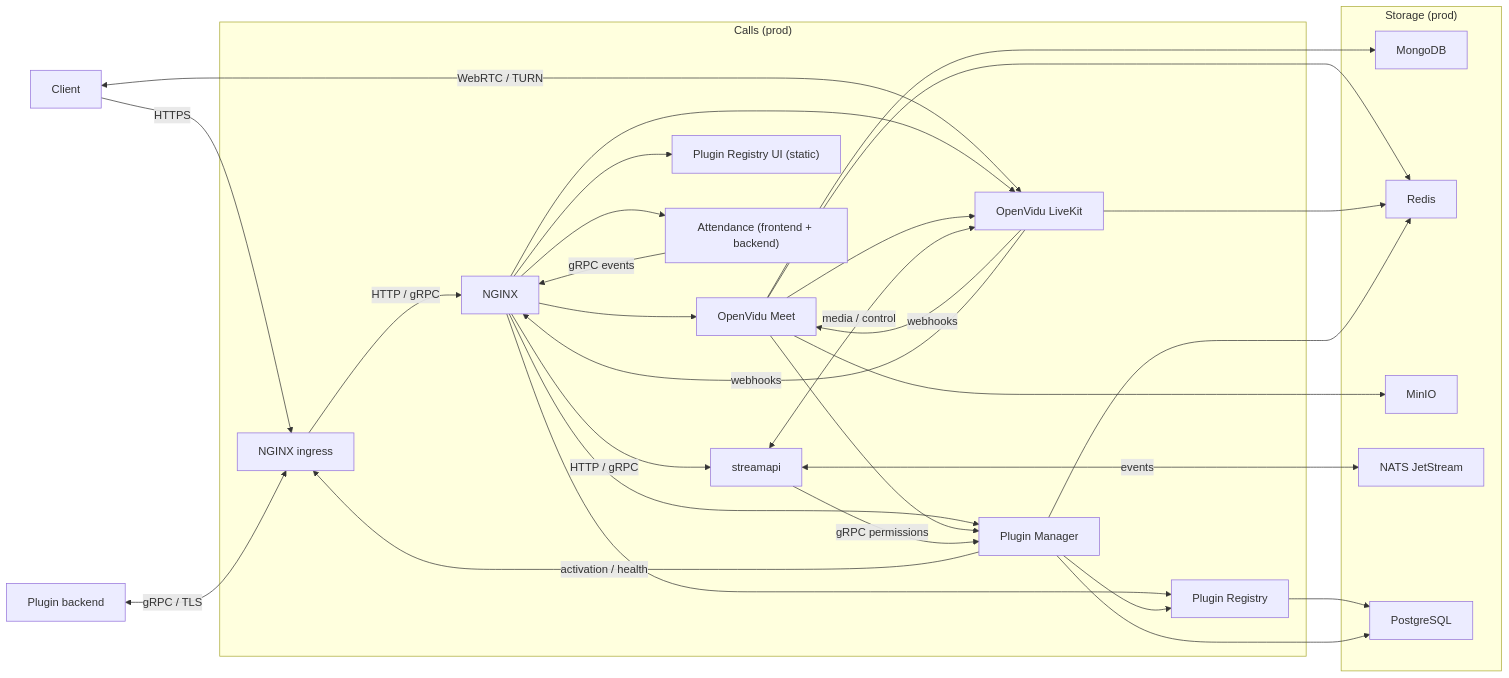
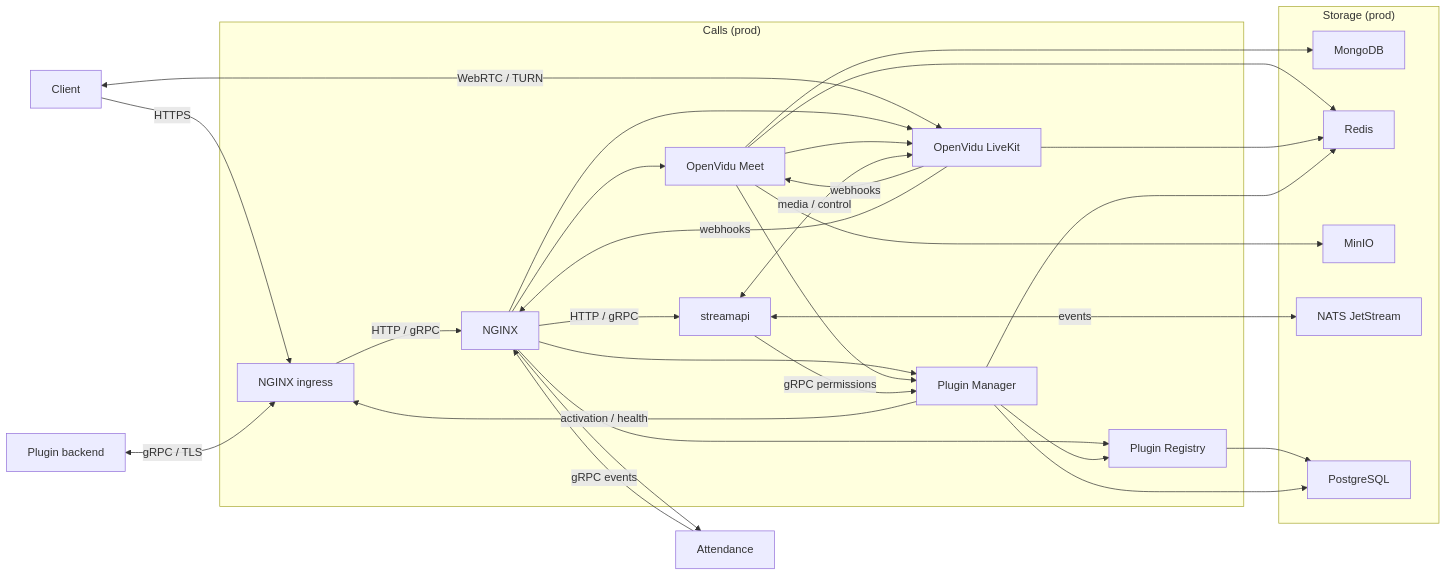
Before and after one commit to dwspurpleteam/deployer: the diagram in README.md, drawn with Mermaid.

Commit message:
Show attendance outside calls

````diff
--- a/README.md
+++ b/README.md
@@ -12,43 +12,44 @@
 ```mermaid
 flowchart LR
   browser[Client] -->|HTTPS| ingress[NGINX ingress]
   browser <-->|WebRTC / TURN| openvidu
   plugin_backend[Plugin backend] <-->|gRPC / TLS| ingress
+  attendance[Attendance]
   ingress -->|HTTP / gRPC| proxy
 
   subgraph calls_prod["Calls (prod)"]
     proxy[NGINX] --> meet[OpenVidu Meet]
     proxy --> openvidu[OpenVidu LiveKit]
     proxy -->|HTTP / gRPC| streamapi[streamapi]
     proxy --> manager[Plugin Manager]
     proxy --> registry[Plugin Registry]
-    proxy --> registry_ui["Plugin Registry UI (static)"]
-    proxy --> attendance["Attendance (frontend + backend)"]
     meet --> openvidu
     meet --> manager
     openvidu -->|webhooks| meet
     openvidu -->|webhooks| proxy
     streamapi <-->|media / control| openvidu
     streamapi -->|gRPC permissions| manager
     manager --> registry
     manager -->|activation / health| ingress
-    attendance -->|gRPC events| proxy
   end
+
+  proxy --> attendance
+  attendance -->|gRPC events| proxy
 
   subgraph storage["Storage (prod)"]
     mongodb[MongoDB]
     redis[Redis]
     minio[MinIO]
     nats["NATS JetStream"]
     postgres[PostgreSQL]
   end
 
   meet --> mongodb
   meet --> redis
   meet --> minio
   openvidu --> redis
   manager --> redis
   streamapi <-->|events| nats
   registry --> postgres
   manager --> postgres
 ```
````
